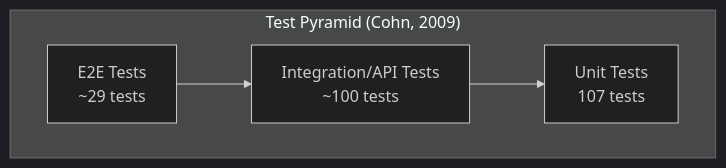
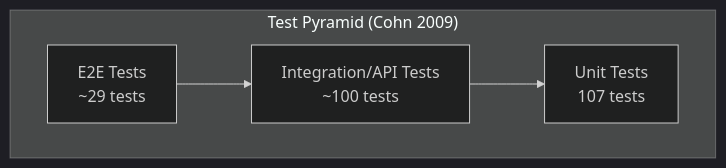
The first of 2 diagrams in docs/thesis/chapters/chapter-6-results-testing.md (FoodTrace-2025/thesis), drawn with Mermaid (dark theme) before and after one commit. The commit also changed other lines of this file and 7 other files, not shown here.

````diff
--- a/docs/thesis/chapters/chapter-6-results-testing.md
+++ b/docs/thesis/chapters/chapter-6-results-testing.md
@@ -11,10 +11,10 @@
 ```mermaid
 flowchart TB
-    subgraph Pyramid["Test Pyramid (Cohn, 2009)"]
+    subgraph Pyramid["Test Pyramid (Cohn 2009)"]
         E2E["E2E Tests<br/>~29 tests"]
         INT["Integration/API Tests<br/>~100 tests"]
         UNIT["Unit Tests<br/>107 tests"]
     end
 
     E2E --> INT --> UNIT
 ```
````
